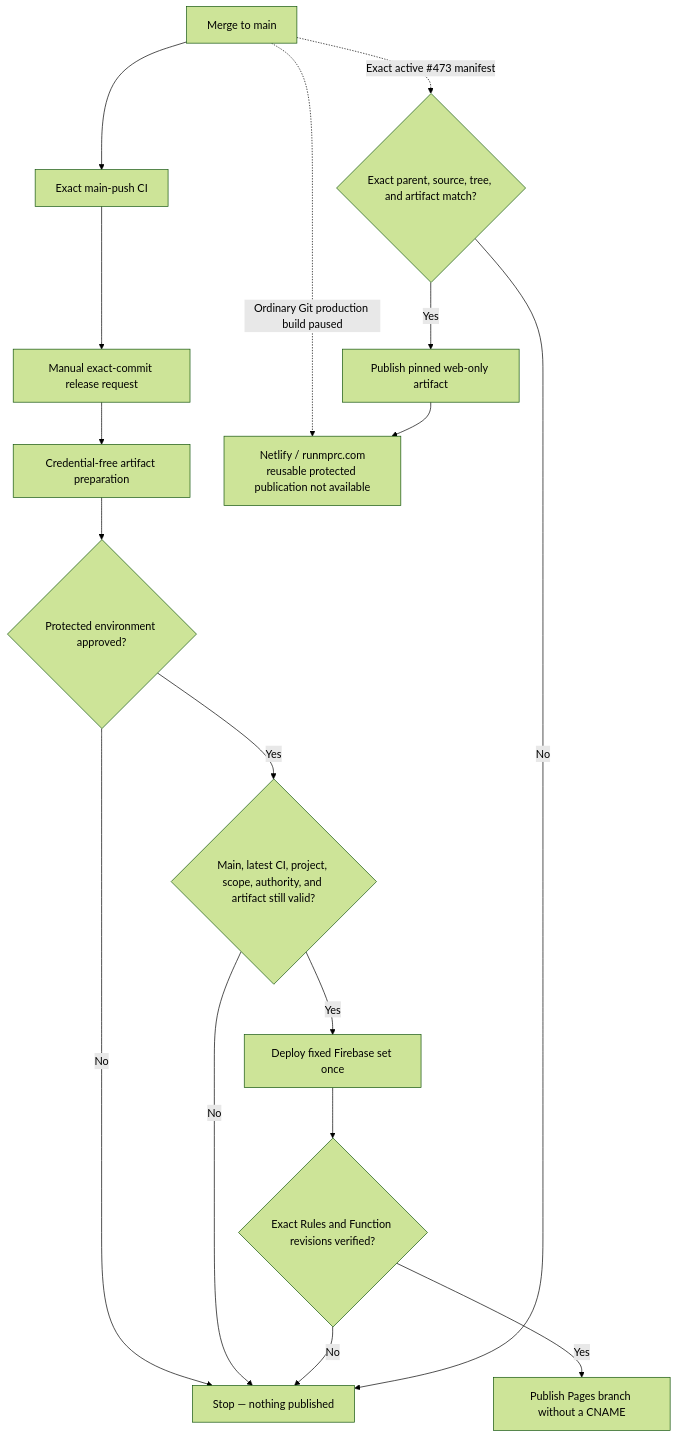
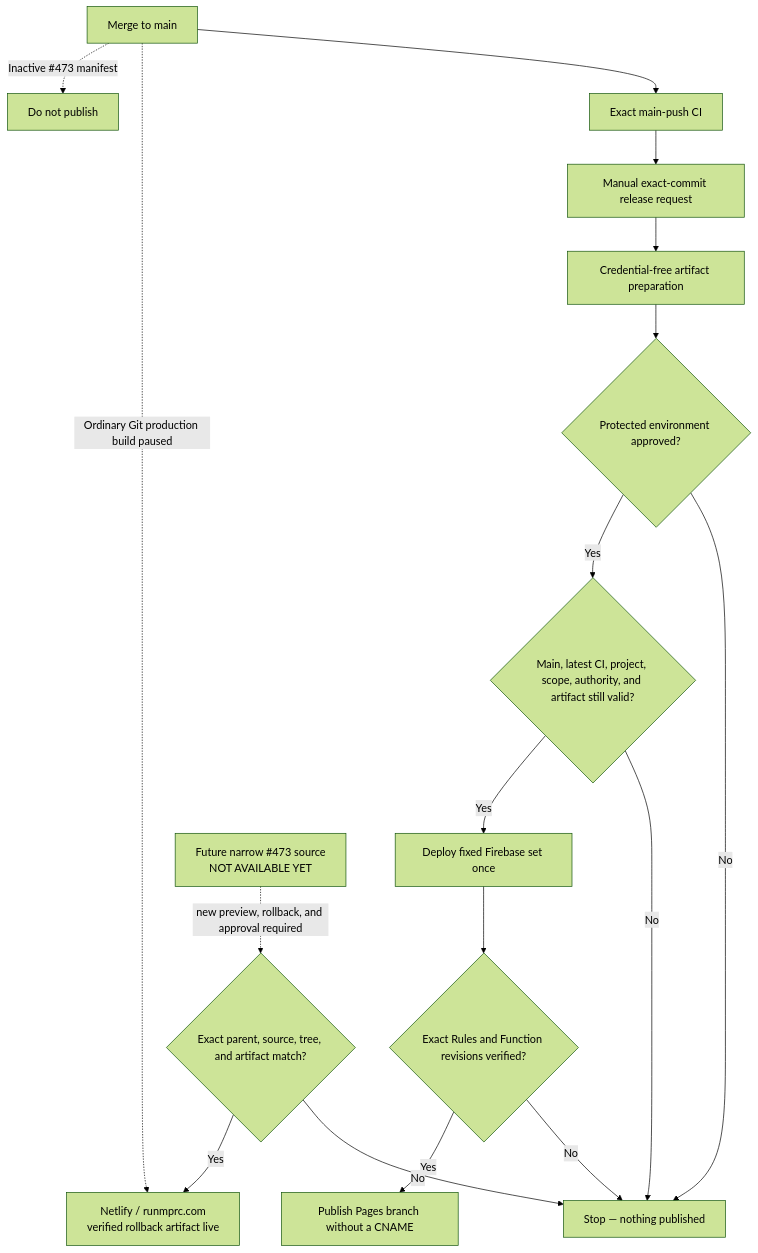
Before and after one commit to Run-MPRC/Run-MPRC.github.io: the second of 50 diagrams in SYSTEM_DESIGN.md, drawn with Mermaid (forest theme). The commit also changed other lines of this file and 12 other files, not shown here.

Commit message:
docs: record Netlify rollback incident truth

````diff
--- a/SYSTEM_DESIGN.md
+++ b/SYSTEM_DESIGN.md
@@ -96,19 +96,19 @@
 ```mermaid
 flowchart TD
     Merge["Merge to main"] --> CI["Exact main-push CI"]
     CI --> Request["Manual exact-commit release request"]
     Request --> Prepare["Credential-free artifact preparation"]
     Prepare --> Approval{"Protected environment approved?"}
     Approval -- "No" --> Stop["Stop — nothing published"]
     Approval -- "Yes" --> Recheck{"Main, latest CI, project, scope, authority, and artifact still valid?"}
     Recheck -- "No" --> Stop
     Recheck -- "Yes" --> Backend["Deploy fixed Firebase set once"]
     Backend --> Verify{"Exact Rules and Function revisions verified?"}
     Verify -- "No" --> Stop
     Verify -- "Yes" --> Pages["Publish Pages branch without a CNAME"]
-    Merge -. "Ordinary Git production build paused" .-> Netlify["Netlify / runmprc.com\nreusable protected publication not available"]
-    Merge -. "Exact active #473 manifest" .-> WebGate{"Exact parent, source, tree, and artifact match?"}
+    Merge -. "Ordinary Git production build paused" .-> Netlify["Netlify / runmprc.com\nverified rollback artifact live"]
+    Merge -. "Inactive #473 manifest" .-> WebStop["Do not publish"]
+    Future["Future narrow #473 source\nNOT AVAILABLE YET"] -. "new preview, rollback, and approval required" .-> WebGate{"Exact parent, source, tree, and artifact match?"}
     WebGate -- "No" --> Stop
-    WebGate -- "Yes" --> WebOnly["Publish pinned web-only artifact"]
-    WebOnly --> Netlify
+    WebGate -- "Yes" --> Netlify
 ```
````
